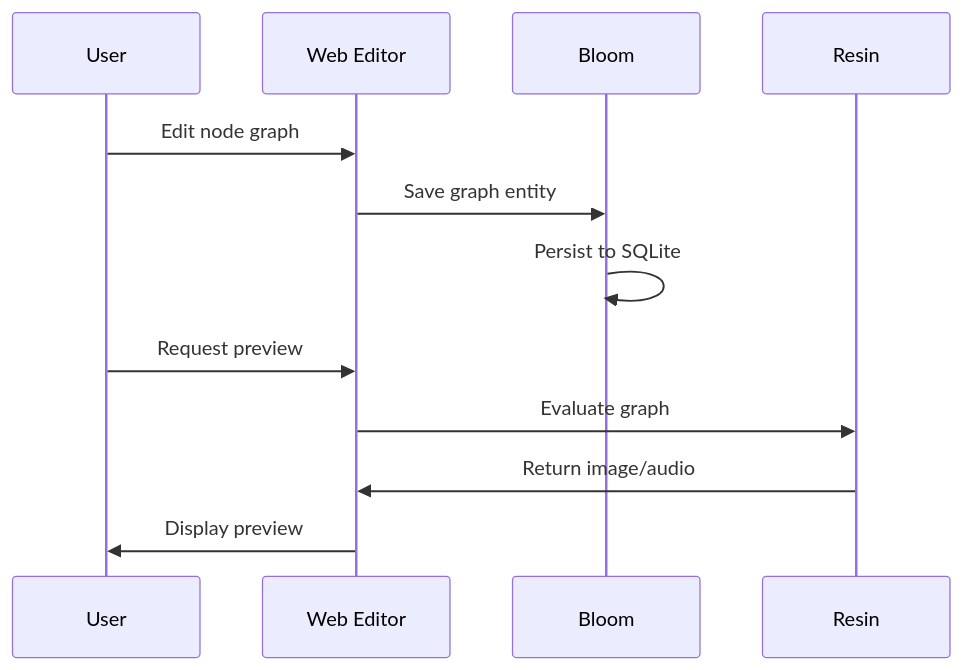
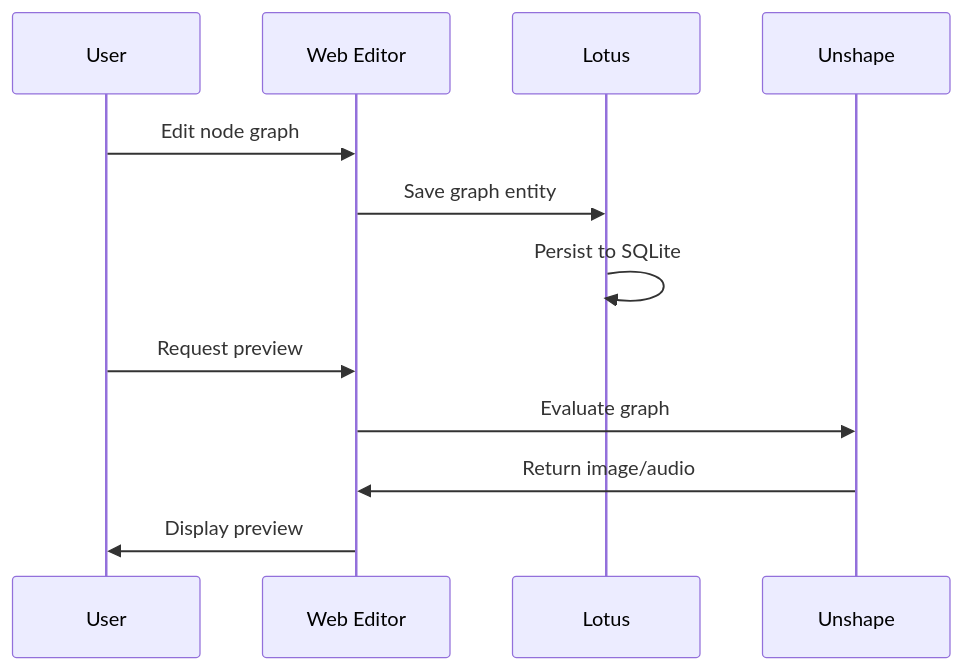
One commit to rhi-zone/rhi-zone.github.io changed the second of 2 diagrams in docs/integration.md. Above: the diagram before and after it, drawn with Mermaid. The commit also changed other lines of this file and 40 other files, not shown here.

````diff
--- a/docs/integration.md
+++ b/docs/integration.md
@@ -100,15 +100,15 @@
 ```mermaid
 sequenceDiagram
     participant User
     participant Editor as Web Editor
-    participant Bloom
-    participant Resin
+    participant Lotus
+    participant Unshape
 
     User->>Editor: Edit node graph
-    Editor->>Bloom: Save graph entity
-    Bloom->>Bloom: Persist to SQLite
+    Editor->>Lotus: Save graph entity
+    Lotus->>Lotus: Persist to SQLite
     User->>Editor: Request preview
-    Editor->>Resin: Evaluate graph
-    Resin->>Editor: Return image/audio
+    Editor->>Unshape: Evaluate graph
+    Unshape->>Editor: Return image/audio
     Editor->>User: Display preview
 ```
````
